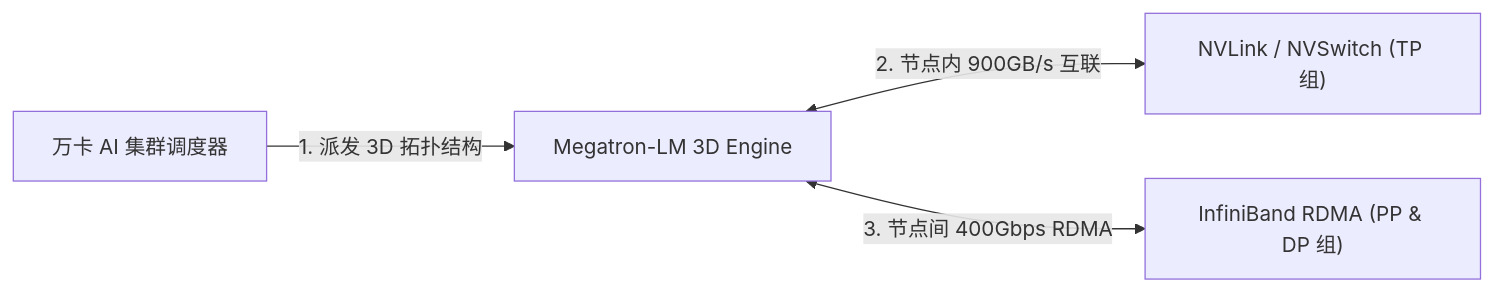
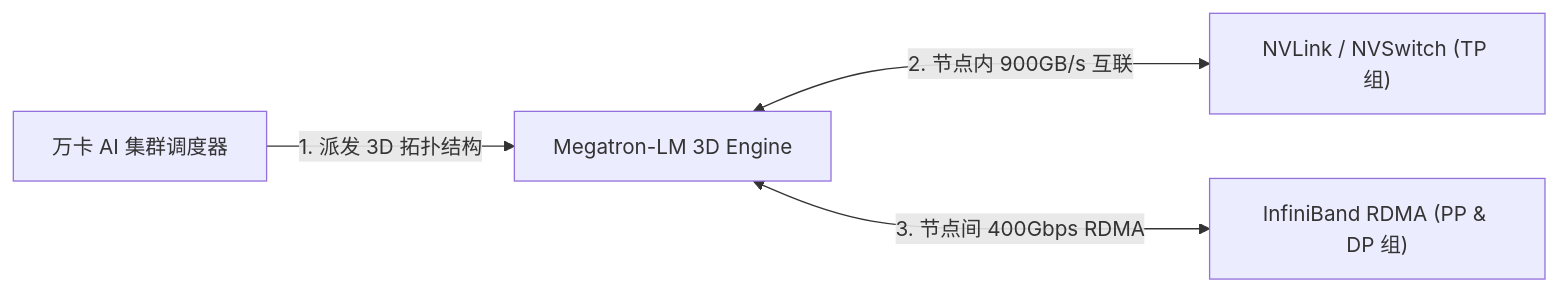
Before and after one commit to koosai/AI-Architect-Learning: the third of 6 diagrams in docs/atlas/megatron-lm.mdx, drawn with Mermaid. The commit also changed other lines of this file and 68 other files, not shown here.

Commit message:
fix(atlas): fix browser client-side Mermaid rendering for mindmaps and flowcharts across 67 case studies

````diff
--- a/docs/atlas/megatron-lm.mdx
+++ b/docs/atlas/megatron-lm.mdx
@@ -115,6 +115,6 @@
 ```mermaid
 graph LR
   ClusterManager["万卡 AI 集群调度器"] -->|1. 派发 3D 拓扑结构| MegatronEngine["Megatron-LM 3D Engine"]
-  MegatronEngine <-->|2. 节点内 900GB/s 互联| NVLinkMesh["NVLink / NVSwitch (TP 组)"]
-  MegatronEngine <-->|3. 节点间 400Gbps RDMA| IBNetwork["InfiniBand RDMA (PP & DP 组)"]
+  MegatronEngine <--->|2. 节点内 900GB/s 互联| NVLinkMesh["NVLink / NVSwitch (TP 组)"]
+  MegatronEngine <--->|3. 节点间 400Gbps RDMA| IBNetwork["InfiniBand RDMA (PP & DP 组)"]
 ```
````
